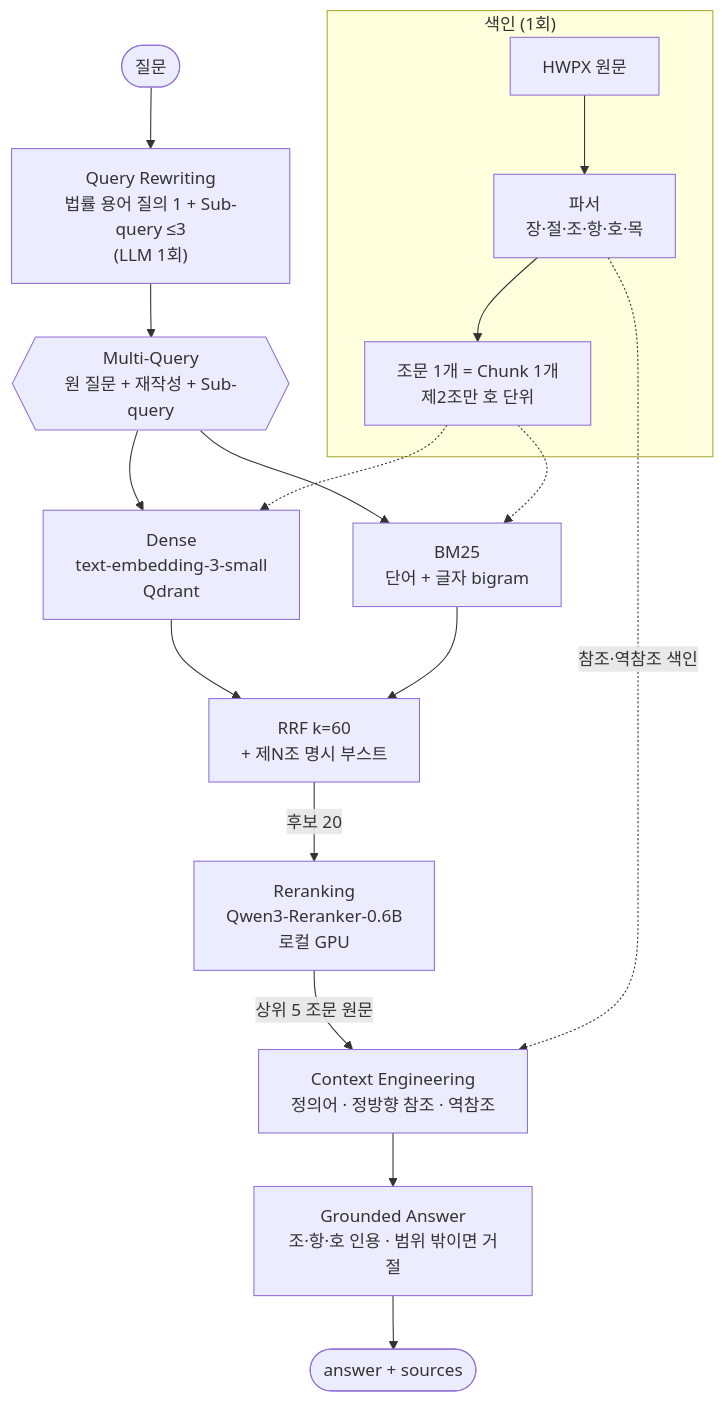
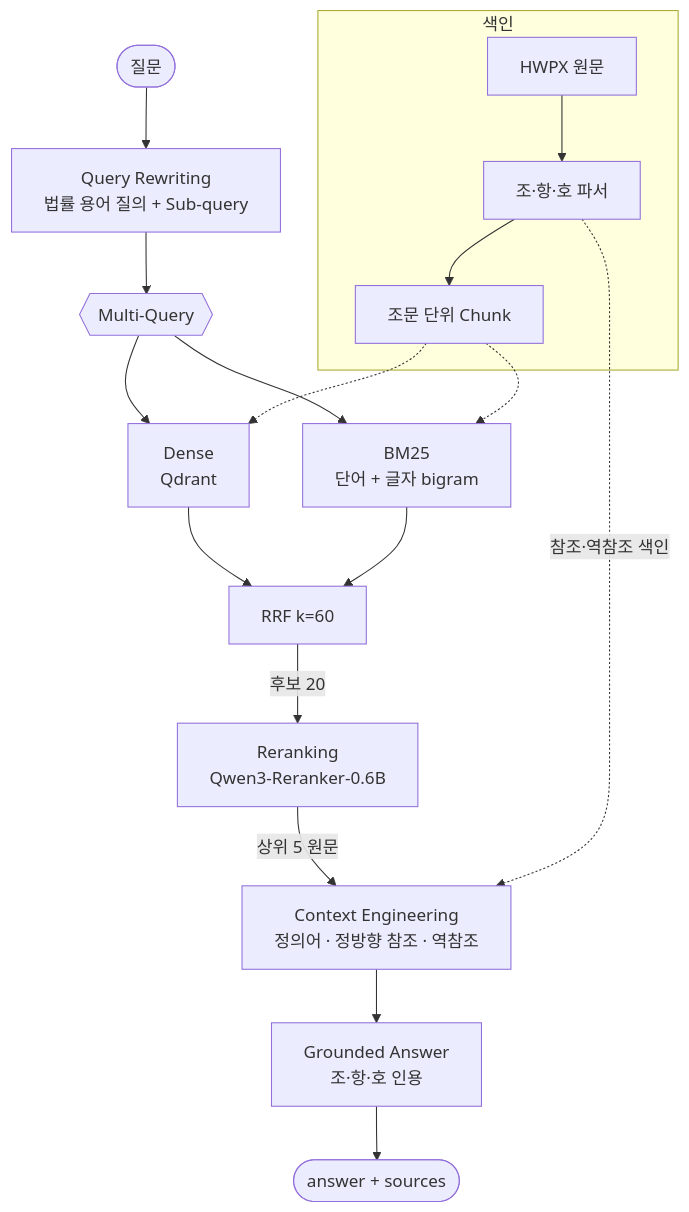
One commit to HwangSoon96/gg1th_rag_mini_pjt changed the first of 2 diagrams in README.md. Above: the diagram before and after it, drawn with Mermaid. The commit also changed other lines of this file, not shown here.

Commit message:
README: 시각화 중심으로 재구성, 역참조 다이어그램 추가

````diff
--- a/README.md
+++ b/README.md
@@ -66,20 +52,20 @@
 ```mermaid
 flowchart TB
-    Q([질문]) --> RW["Query Rewriting<br/>법률 용어 질의 1 + Sub-query ≤3<br/>(LLM 1회)"]
-    RW --> MQ{{"Multi-Query<br/>원 질문 + 재작성 + Sub-query"}}
-    MQ --> D["Dense<br/>text-embedding-3-small<br/>Qdrant"]
+    Q([질문]) --> RW["Query Rewriting<br/>법률 용어 질의 + Sub-query"]
+    RW --> MQ{{Multi-Query}}
+    MQ --> D["Dense<br/>Qdrant"]
     MQ --> B["BM25<br/>단어 + 글자 bigram"]
-    D --> RRF["RRF k=60<br/>+ 제N조 명시 부스트"]
+    D --> RRF["RRF k=60"]
     B --> RRF
-    RRF -->|후보 20| RR["Reranking<br/>Qwen3-Reranker-0.6B<br/>로컬 GPU"]
-    RR -->|상위 5 조문 원문| CE["Context Engineering<br/>정의어 · 정방향 참조 · 역참조"]
-    CE --> GA["Grounded Answer<br/>조·항·호 인용 · 범위 밖이면 거절"]
+    RRF -->|후보 20| RR["Reranking<br/>Qwen3-Reranker-0.6B"]
+    RR -->|상위 5 원문| CE["Context Engineering<br/>정의어 · 정방향 참조 · 역참조"]
+    CE --> GA["Grounded Answer<br/>조·항·호 인용"]
     GA --> R([answer + sources])
 
-    subgraph 색인["색인 (1회)"]
-      H[HWPX 원문] --> P["파서<br/>장·절·조·항·호·목"] --> C["조문 1개 = Chunk 1개<br/>제2조만 호 단위"]
+    subgraph 색인
+      H[HWPX 원문] --> P[조·항·호 파서] --> C[조문 단위 Chunk]
     end
     C -.-> D
     C -.-> B
-    P -.->|"참조·역참조 색인"| CE
+    P -.->|참조·역참조 색인| CE
 ```
````
